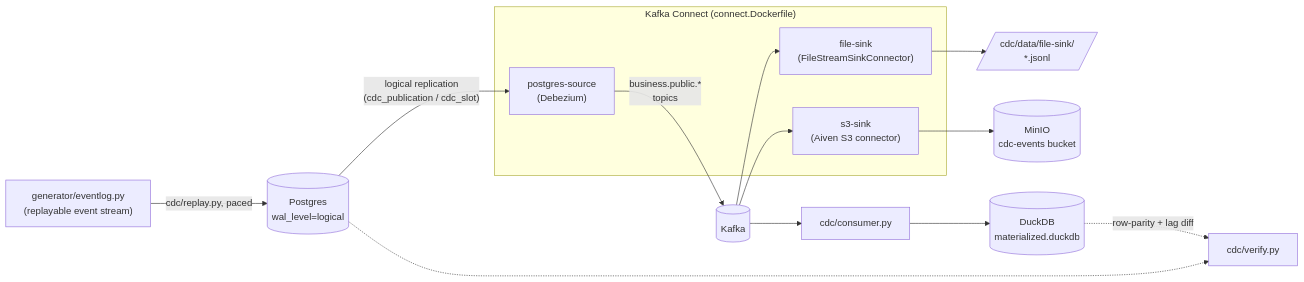
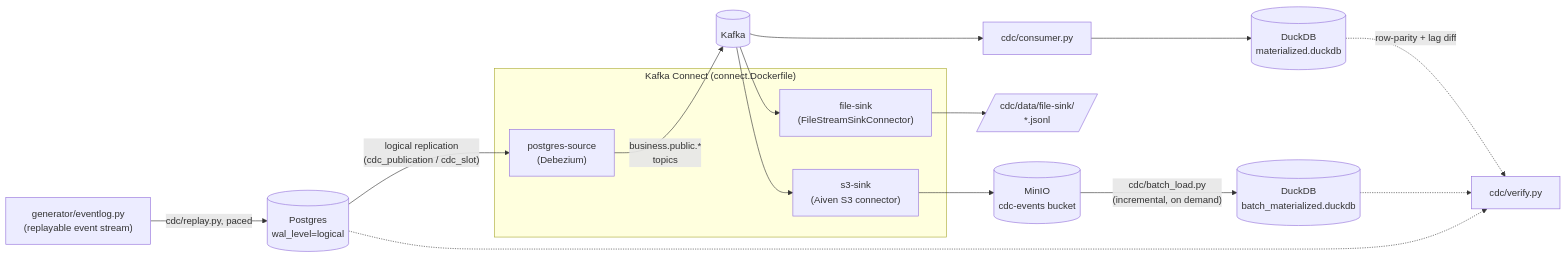
The diagram in cdc/README.md (yuyangtj/analytics-agent-playground), drawn with Mermaid before and after one commit. The commit also changed other lines of this file and 7 other files, not shown here.

First line of the commit message:
Add cdc/batch_load.py: incremental batch loading off s3-sink's raw storage

````diff
--- a/cdc/README.md
+++ b/cdc/README.md
@@ -8,23 +8,26 @@
 ```mermaid
 flowchart LR
     EL["generator/eventlog.py<br/>(replayable event stream)"] -->|cdc/replay.py, paced| PG[("Postgres<br/>wal_level=logical")]
 
     subgraph connect["Kafka Connect (connect.Dockerfile)"]
         DBZ["postgres-source<br/>(Debezium)"]
         FS["file-sink<br/>(FileStreamSinkConnector)"]
         S3["s3-sink<br/>(Aiven S3 connector)"]
     end
 
     PG -- "logical replication<br/>(cdc_publication / cdc_slot)" --> DBZ
     DBZ -->|"business.public.*<br/>topics"| KAFKA[("Kafka")]
     KAFKA --> FS
     KAFKA --> S3
     KAFKA --> CONSUMER["cdc/consumer.py"]
 
     FS --> FILE[/"cdc/data/file-sink/<br/>*.jsonl"/]
     S3 --> MINIO[("MinIO<br/>cdc-events bucket")]
     CONSUMER --> DUCK[("DuckDB<br/>materialized.duckdb")]
 
+    MINIO -->|"cdc/batch_load.py<br/>(incremental, on demand)"| BATCHDUCK[("DuckDB<br/>batch_materialized.duckdb")]
+
     DUCK -.->|"row-parity + lag diff"| VERIFY["cdc/verify.py"]
+    BATCHDUCK -.-> VERIFY
     PG -.-> VERIFY
 ```
````
